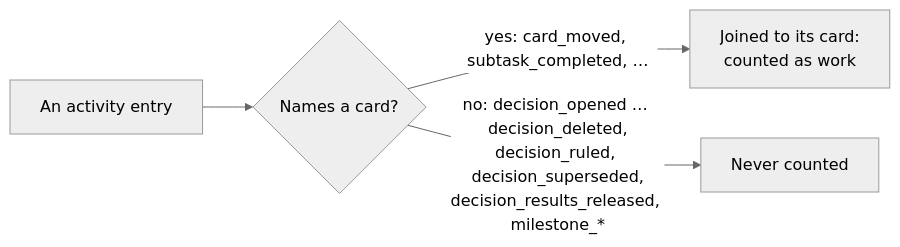
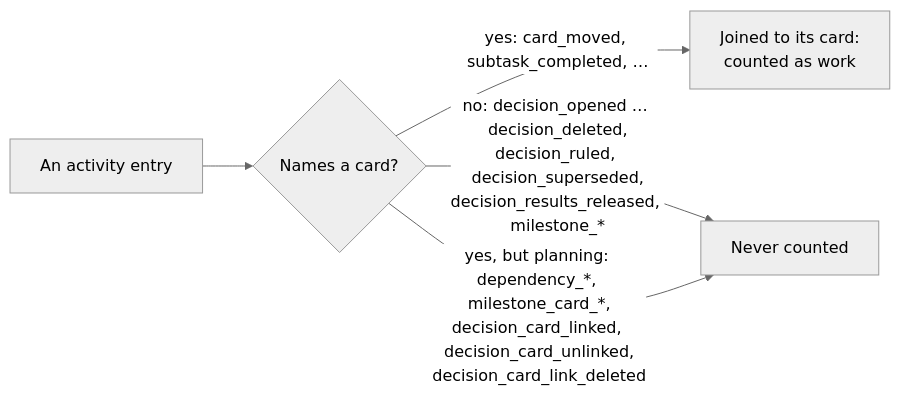
The third of 6 diagrams in docs/management-reporting.md (gitBoon/DumpFire), drawn with Mermaid (neutral theme) before and after one commit. The commit also changed other lines of this file and 62 other files, not shown here.

````diff
--- a/docs/management-reporting.md
+++ b/docs/management-reporting.md
@@ -190,6 +195,7 @@
 ```mermaid
 flowchart LR
     Entry["An activity entry"] --> HasCard{"Names a card?"}
     HasCard -->|"yes: card_moved, subtask_completed, …"| Counted["Joined to its card:<br/>counted as work"]
     HasCard -->|"no: decision_opened … decision_deleted,<br/>decision_ruled, decision_superseded,<br/>decision_results_released, milestone_*"| Ignored["Never counted"]
+    HasCard -->|"yes, but planning: dependency_*, milestone_card_*,<br/>decision_card_linked, decision_card_unlinked,<br/>decision_card_link_deleted"| Ignored
 ```
````
